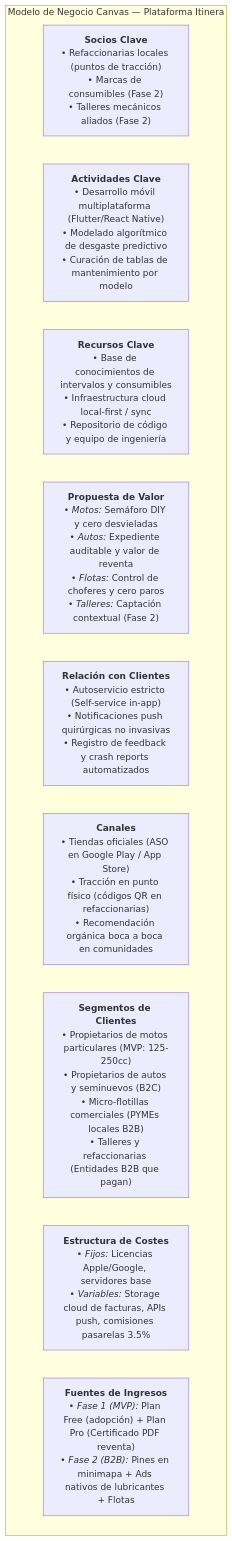
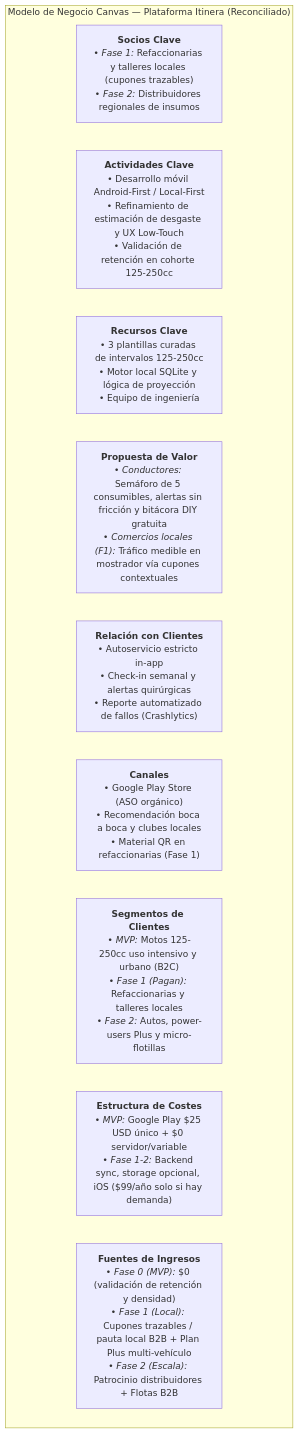
The diagram in .routing/academic/SPECIFICATION.md (OGShawnLee/Itinera), drawn with Mermaid before and after one commit. The commit also changed other lines of this file, not shown here.

First line of the commit message:
docs(spec): reconcile MVP scope, validation cohort, and 3-phase monetary model

````diff
--- a/.routing/academic/SPECIFICATION.md
+++ b/.routing/academic/SPECIFICATION.md
@@ -163,15 +157,15 @@
 ```mermaid
 flowchart TD
-    subgraph Negocio["Modelo de Negocio Canvas — Plataforma Itinera"]
+    subgraph Negocio["Modelo de Negocio Canvas — Plataforma Itinera (Reconciliado)"]
         direction LR
-        Socios["<b>Socios Clave</b><br/>• Refaccionarias locales (puntos de tracción)<br/>• Marcas de consumibles (Fase 2)<br/>• Talleres mecánicos aliados (Fase 2)"]
-        Actividades["<b>Actividades Clave</b><br/>• Desarrollo móvil multiplataforma (Flutter/React Native)<br/>• Modelado algorítmico de desgaste predictivo<br/>• Curación de tablas de mantenimiento por modelo"]
-        Recursos["<b>Recursos Clave</b><br/>• Base de conocimientos de intervalos y consumibles<br/>• Infraestructura cloud local-first / sync<br/>• Repositorio de código y equipo de ingeniería"]
-        Propuesta["<b>Propuesta de Valor</b><br/>• <i>Motos:</i> Semáforo DIY y cero desvieladas<br/>• <i>Autos:</i> Expediente auditable y valor de reventa<br/>• <i>Flotas:</i> Control de choferes y cero paros<br/>• <i>Talleres:</i> Captación contextual (Fase 2)"]
-        Relacion["<b>Relación con Clientes</b><br/>• Autoservicio estricto (Self-service in-app)<br/>• Notificaciones push quirúrgicas no invasivas<br/>• Registro de feedback y crash reports automatizados"]
-        Canales["<b>Canales</b><br/>• Tiendas oficiales (ASO en Google Play / App Store)<br/>• Tracción en punto físico (códigos QR en refaccionarias)<br/>• Recomendación orgánica boca a boca en comunidades"]
-        Segmentos["<b>Segmentos de Clientes</b><br/>• Propietarios de motos particulares (MVP: 125-250cc)<br/>• Propietarios de autos y seminuevos (B2C)<br/>• Micro-flotillas comerciales (PYMEs locales B2B)<br/>• Talleres y refaccionarias (Entidades B2B que pagan)"]
-        Costos["<b>Estructura de Costes</b><br/>• <i>Fijos:</i> Licencias Apple/Google, servidores base<br/>• <i>Variables:</i> Storage cloud de facturas, APIs push, comisiones pasarelas 3.5%"]
-        Ingresos["<b>Fuentes de Ingresos</b><br/>• <i>Fase 1 (MVP):</i> Plan Free (adopción) + Plan Pro (Certificado PDF reventa)<br/>• <i>Fase 2 (B2B):</i> Pines en minimapa + Ads nativos de lubricantes + Flotas"]
+        Socios["<b>Socios Clave</b><br/>• <i>Fase 1:</i> Refaccionarias y talleres locales (cupones trazables)<br/>• <i>Fase 2:</i> Distribuidores regionales de insumos"]
+        Actividades["<b>Actividades Clave</b><br/>• Desarrollo móvil Android-First / Local-First<br/>• Refinamiento de estimación de desgaste y UX Low-Touch<br/>• Validación de retención en cohorte 125-250cc"]
+        Recursos["<b>Recursos Clave</b><br/>• 3 plantillas curadas de intervalos 125-250cc<br/>• Motor local SQLite y lógica de proyección<br/>• Equipo de ingeniería"]
+        Propuesta["<b>Propuesta de Valor</b><br/>• <i>Conductores:</i> Semáforo de 5 consumibles, alertas sin fricción y bitácora DIY gratuita<br/>• <i>Comercios locales (F1):</i> Tráfico medible en mostrador vía cupones contextuales"]
+        Relacion["<b>Relación con Clientes</b><br/>• Autoservicio estricto in-app<br/>• Check-in semanal y alertas quirúrgicas<br/>• Reporte automatizado de fallos (Crashlytics)"]
+        Canales["<b>Canales</b><br/>• Google Play Store (ASO orgánico)<br/>• Recomendación boca a boca y clubes locales<br/>• Material QR en refaccionarias (Fase 1)"]
+        Segmentos["<b>Segmentos de Clientes</b><br/>• <i>MVP:</i> Motos 125-250cc uso intensivo y urbano (B2C)<br/>• <i>Fase 1 (Pagan):</i> Refaccionarias y talleres locales<br/>• <i>Fase 2:</i> Autos, power-users Plus y micro-flotillas"]
+        Costos["<b>Estructura de Costes</b><br/>• <i>MVP:</i> Google Play $25 USD único + $0 servidor/variable<br/>• <i>Fase 1-2:</i> Backend sync, storage opcional, iOS ($99/año solo si hay demanda)"]
+        Ingresos["<b>Fuentes de Ingresos</b><br/>• <i>Fase 0 (MVP):</i> $0 (validación de retención y densidad)<br/>• <i>Fase 1 (Local):</i> Cupones trazables / pauta local B2B + Plan Plus multi-vehículo<br/>• <i>Fase 2 (Escala):</i> Patrocinio distribuidores + Flotas B2B"]
     end
 ```
````
